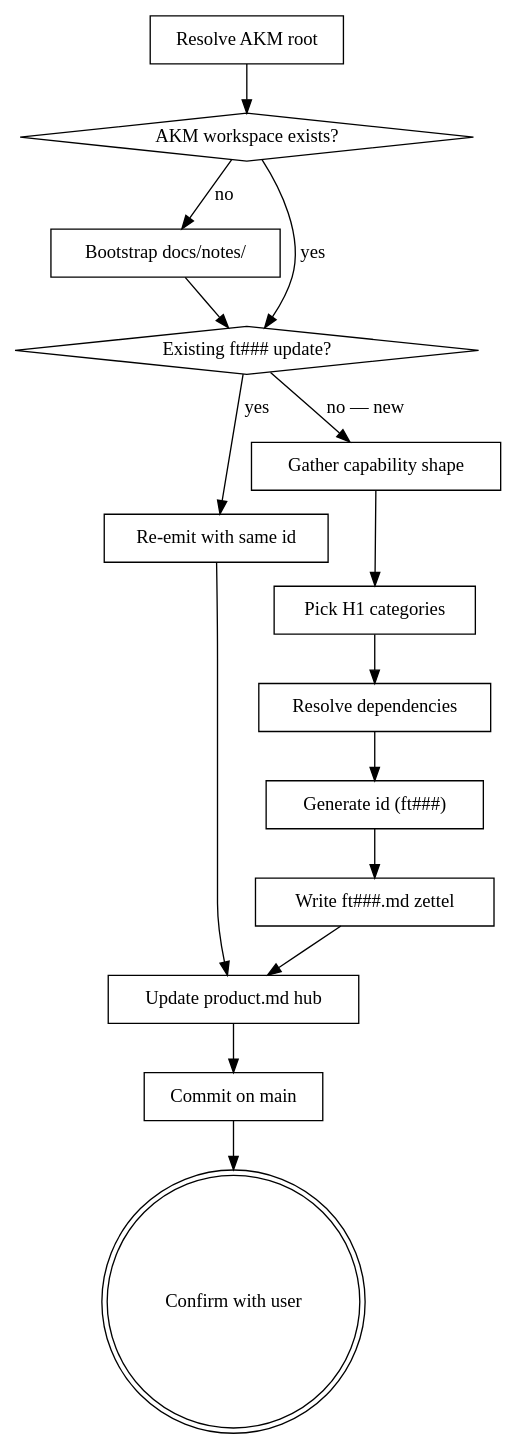
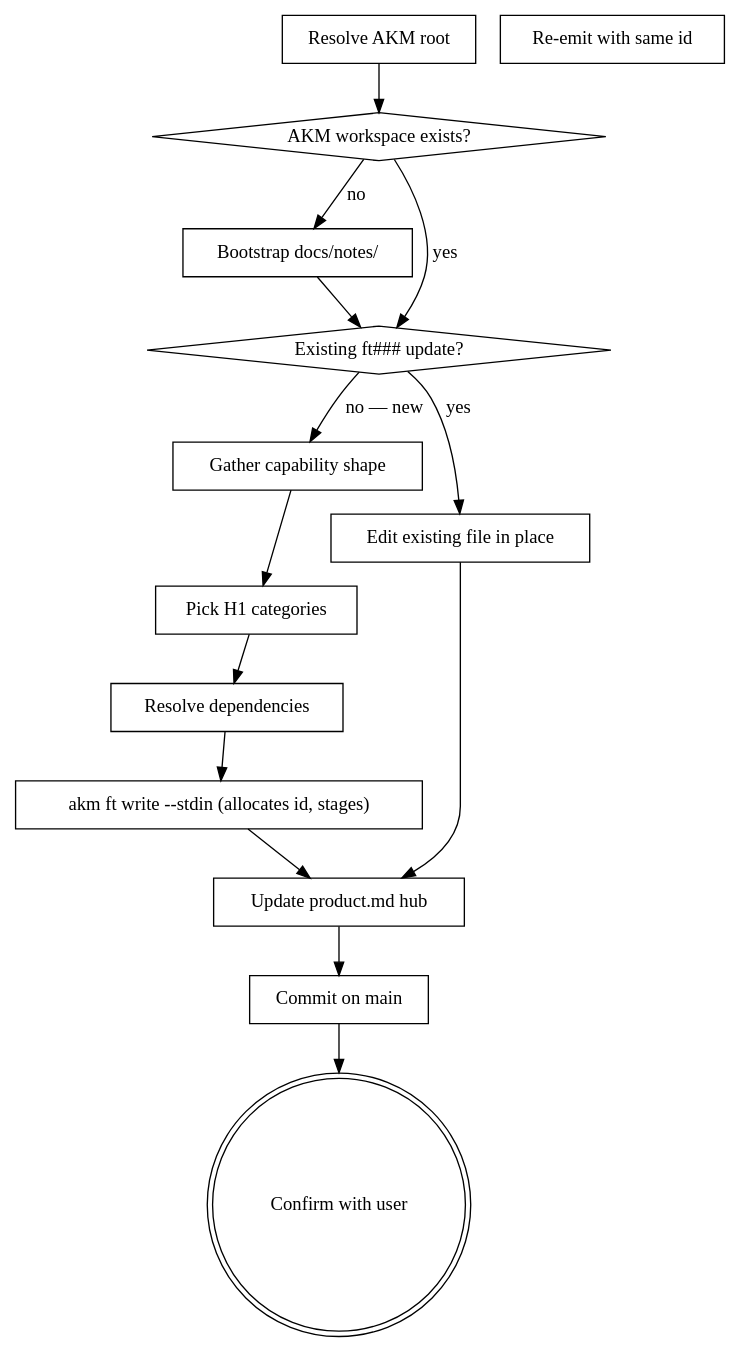
The diagram in claude/marketplace/plugins/infinifu/skills/feature-write/SKILL.md (b3tchi/dotfiles), drawn with Graphviz before and after one commit. The commit also changed other lines of this file and 2 other files, not shown here.

````diff
--- a/claude/marketplace/plugins/infinifu/skills/feature-write/SKILL.md
+++ b/claude/marketplace/plugins/infinifu/skills/feature-write/SKILL.md
@@ -130,32 +130,31 @@
 ```dot
 digraph feature_write {
     "Resolve AKM root" [shape=box];
     "AKM workspace exists?" [shape=diamond];
     "Bootstrap docs/notes/" [shape=box];
     "Existing ft### update?" [shape=diamond];
     "Re-emit with same id" [shape=box];
     "Gather capability shape" [shape=box];
     "Pick H1 categories" [shape=box];
     "Resolve dependencies" [shape=box];
-    "Generate id (ft###)" [shape=box];
-    "Write ft###.md zettel" [shape=box];
+    "akm ft write --stdin (allocates id, stages)" [shape=box];
+    "Edit existing file in place" [shape=box];
     "Update product.md hub" [shape=box];
     "Commit on main" [shape=box];
     "Confirm with user" [shape=doublecircle];
 
     "Resolve AKM root" -> "AKM workspace exists?";
     "AKM workspace exists?" -> "Bootstrap docs/notes/" [label="no"];
     "AKM workspace exists?" -> "Existing ft### update?" [label="yes"];
     "Bootstrap docs/notes/" -> "Existing ft### update?";
-    "Existing ft### update?" -> "Re-emit with same id" [label="yes"];
+    "Existing ft### update?" -> "Edit existing file in place" [label="yes"];
     "Existing ft### update?" -> "Gather capability shape" [label="no — new"];
-    "Re-emit with same id" -> "Update product.md hub";
+    "Edit existing file in place" -> "Update product.md hub";
     "Gather capability shape" -> "Pick H1 categories";
     "Pick H1 categories" -> "Resolve dependencies";
-    "Resolve dependencies" -> "Generate id (ft###)";
-    "Generate id (ft###)" -> "Write ft###.md zettel";
-    "Write ft###.md zettel" -> "Update product.md hub";
+    "Resolve dependencies" -> "akm ft write --stdin (allocates id, stages)";
+    "akm ft write --stdin (allocates id, stages)" -> "Update product.md hub";
     "Update product.md hub" -> "Commit on main";
     "Commit on main" -> "Confirm with user";
 }
 ```
````
